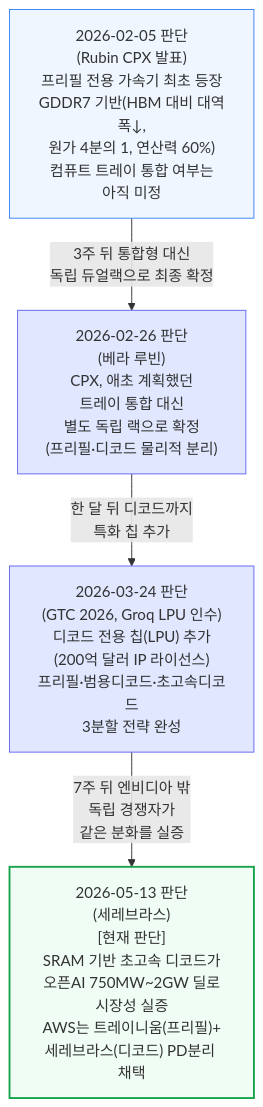
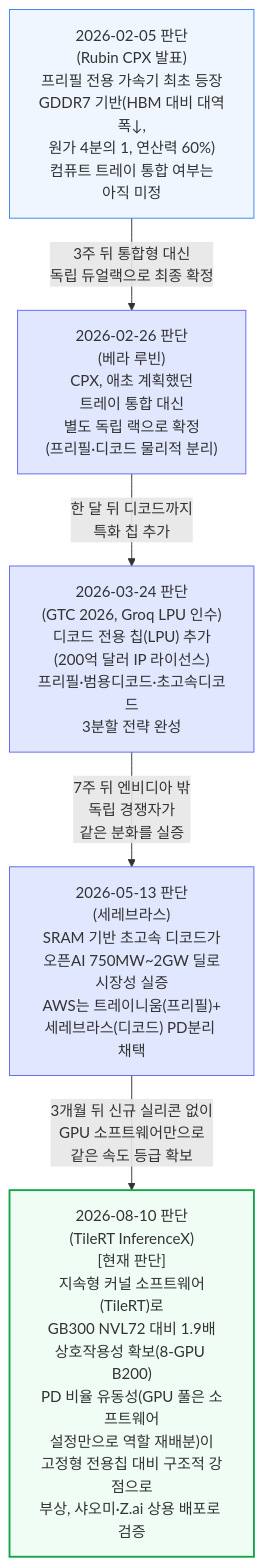
Before and after one commit to yohan4477/semi-report: the third of 5 diagrams in 통합 리포트/카테고리별 통합 리포트/[260711] 컴퓨트 통합 리포트.md, drawn with Mermaid. The commit also changed other lines of this file and 3 other files, not shown here.

Commit message:
TileRT InferenceX 10~12장 완료(100%) + 컴퓨트 통합 리포트·CATEGORIES 갱신

````diff
--- a/통합 리포트/카테고리별 통합 리포트/[260711] 컴퓨트 통합 리포트.md
+++ b/통합 리포트/카테고리별 통합 리포트/[260711] 컴퓨트 통합 리포트.md
@@ -105,9 +106,10 @@
 ```mermaid
 flowchart TD
-    D2602c["2026-02-05 판단<br/>(Rubin CPX 발표)<br/>프리필 전용 가속기 최초 등장<br/>GDDR7 기반(HBM 대비 대역폭↓,<br/>원가 4분의 1, 연산력 60%)<br/>컴퓨트 트레이 통합 여부는<br/>아직 미정"] -->|"3주 뒤 통합형 대신<br/>독립 듀얼랙으로 최종 확정"| D2602d["2026-02-26 판단<br/>(베라 루빈)<br/>CPX, 애초 계획했던<br/>트레이 통합 대신<br/>별도 독립 랙으로 확정<br/>(프리필·디코드 물리적 분리)"] -->|"한 달 뒤 디코드까지<br/>특화 칩 추가"| D2603b["2026-03-24 판단<br/>(GTC 2026, Groq LPU 인수)<br/>디코드 전용 칩(LPU) 추가<br/>(200억 달러 IP 라이선스)<br/>프리필·범용디코드·초고속디코드<br/>3분할 전략 완성"] -->|"7주 뒤 엔비디아 밖<br/>독립 경쟁자가<br/>같은 분화를 실증"| D2605["2026-05-13 판단<br/>(세레브라스)<br/>[현재 판단]<br/>SRAM 기반 초고속 디코드가<br/>오픈AI 750MW~2GW 딜로<br/>시장성 실증<br/>AWS는 트레이니움(프리필)+<br/>세레브라스(디코드) PD분리 채택"]
+    D2602c["2026-02-05 판단<br/>(Rubin CPX 발표)<br/>프리필 전용 가속기 최초 등장<br/>GDDR7 기반(HBM 대비 대역폭↓,<br/>원가 4분의 1, 연산력 60%)<br/>컴퓨트 트레이 통합 여부는<br/>아직 미정"] -->|"3주 뒤 통합형 대신<br/>독립 듀얼랙으로 최종 확정"| D2602d["2026-02-26 판단<br/>(베라 루빈)<br/>CPX, 애초 계획했던<br/>트레이 통합 대신<br/>별도 독립 랙으로 확정<br/>(프리필·디코드 물리적 분리)"] -->|"한 달 뒤 디코드까지<br/>특화 칩 추가"| D2603b["2026-03-24 판단<br/>(GTC 2026, Groq LPU 인수)<br/>디코드 전용 칩(LPU) 추가<br/>(200억 달러 IP 라이선스)<br/>프리필·범용디코드·초고속디코드<br/>3분할 전략 완성"] -->|"7주 뒤 엔비디아 밖<br/>독립 경쟁자가<br/>같은 분화를 실증"| D2605["2026-05-13 판단<br/>(세레브라스)<br/>SRAM 기반 초고속 디코드가<br/>오픈AI 750MW~2GW 딜로<br/>시장성 실증<br/>AWS는 트레이니움(프리필)+<br/>세레브라스(디코드) PD분리 채택"] -->|"3개월 뒤 신규 실리콘 없이<br/>GPU 소프트웨어만으로<br/>같은 속도 등급 확보"| D2608["2026-08-10 판단<br/>(TileRT InferenceX)<br/>[현재 판단]<br/>지속형 커널 소프트웨어(TileRT)로<br/>GB300 NVL72 대비 1.9배<br/>상호작용성 확보(8-GPU B200)<br/>PD 비율 유동성(GPU 풀은 소프트웨어<br/>설정만으로 역할 재배분)이<br/>고정형 전용칩 대비 구조적 강점으로<br/>부상, 샤오미·Z.ai 상용 배포로 검증"]
 
     style D2602c fill:#eff6ff,stroke:#3b82f6
     style D2602d fill:#e0e7ff,stroke:#6366f1
     style D2603b fill:#e0e7ff,stroke:#6366f1
-    style D2605 fill:#f0fdf4,stroke:#16a34a,stroke-width:2px
+    style D2605 fill:#e0e7ff,stroke:#6366f1
+    style D2608 fill:#f0fdf4,stroke:#16a34a,stroke-width:2px
 ```
````
